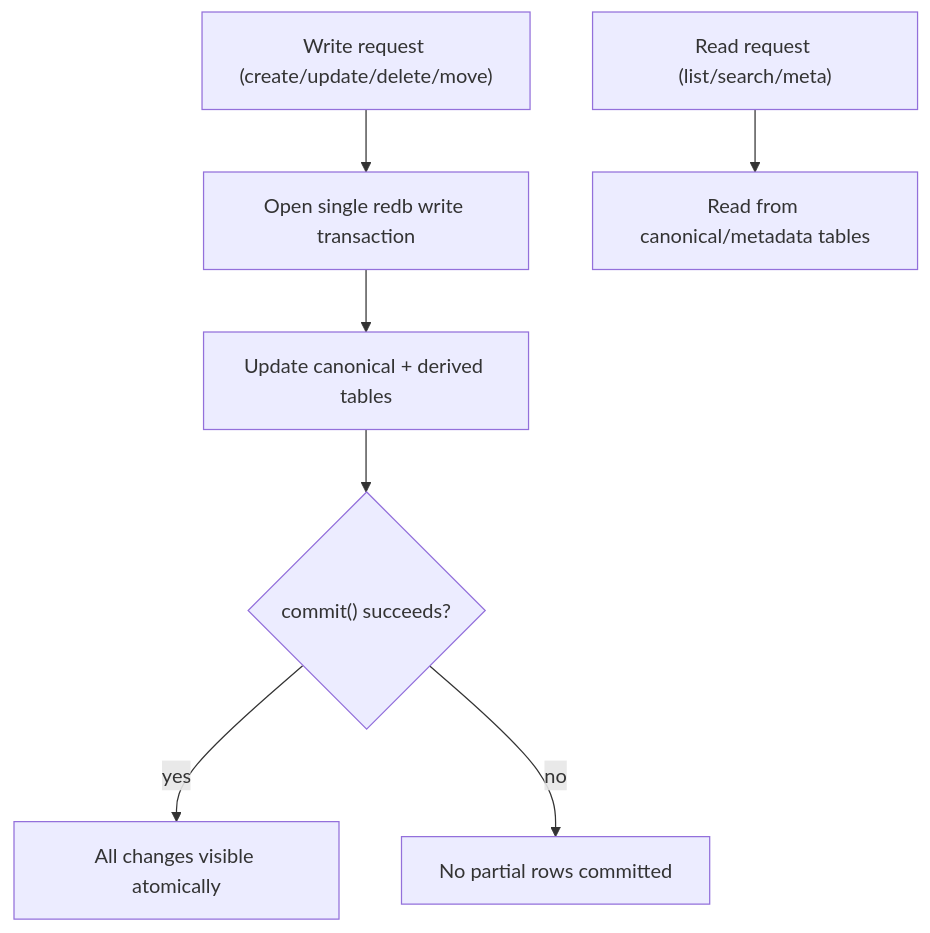
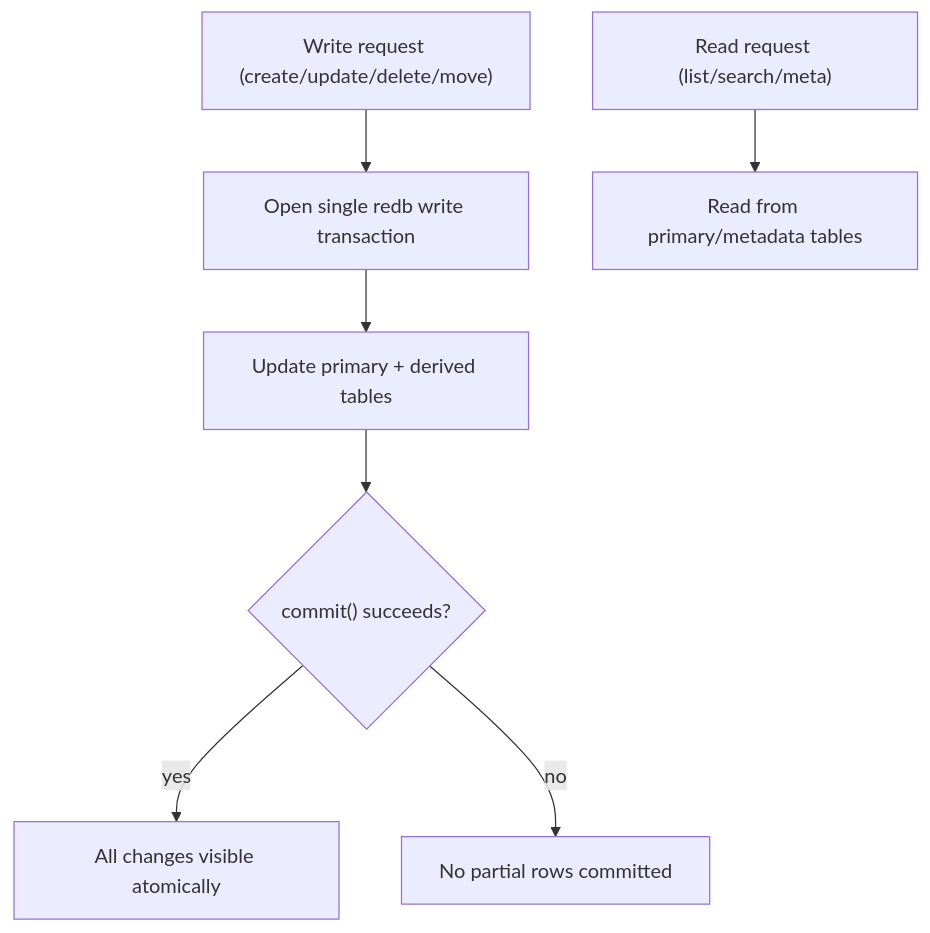
The third of 4 diagrams in docs/architecture.md (pszemraj/localpaste.rs), drawn with Mermaid before and after one commit. The commit also changed other lines of this file and 13 other files, not shown here.

````diff
--- a/docs/architecture.md
+++ b/docs/architecture.md
@@ -138,10 +138,10 @@
 ```mermaid
 flowchart TD
     W["Write request (create/update/delete/move)"] --> T["Open single redb write transaction"]
-    T --> C["Update canonical + derived tables"]
+    T --> C["Update primary + derived tables"]
     C --> K{"commit() succeeds?"}
     K -- yes --> OK["All changes visible atomically"]
     K -- no --> ABORT["No partial rows committed"]
 
-    R["Read request (list/search/meta)"] --> I["Read from canonical/metadata tables"]
+    R["Read request (list/search/meta)"] --> I["Read from primary/metadata tables"]
 ```
````
